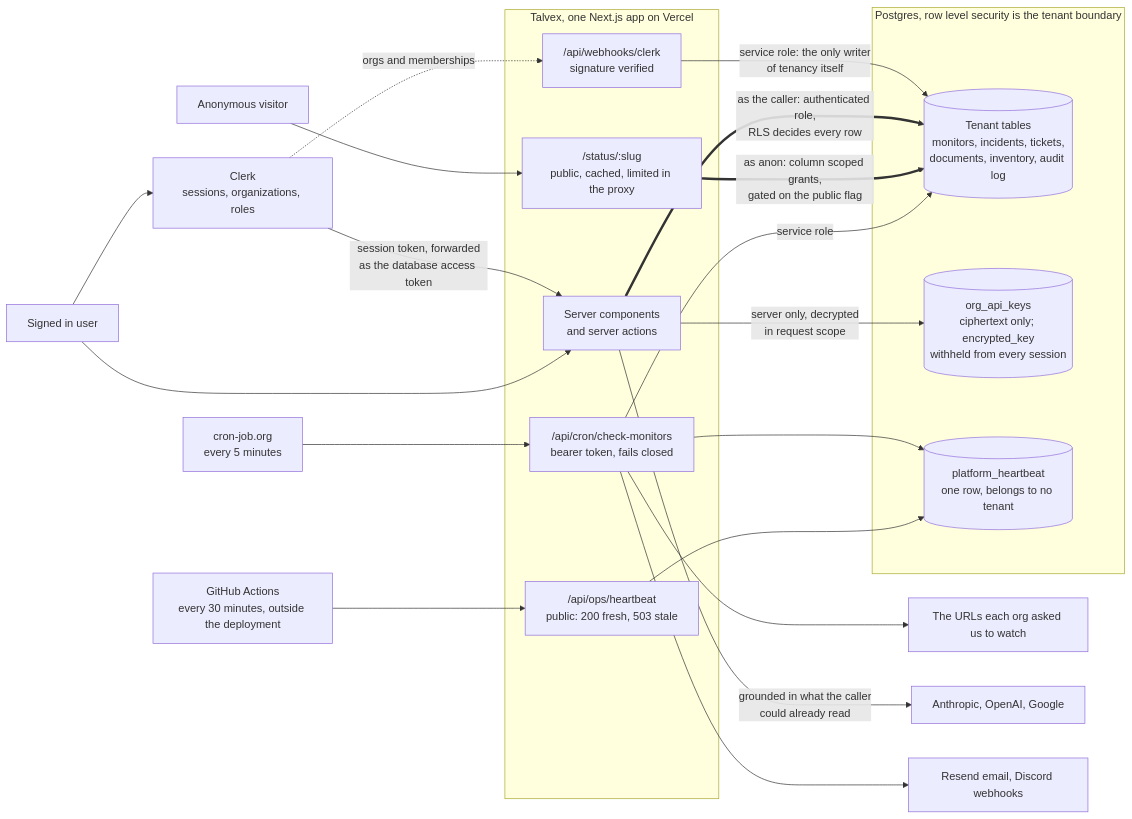
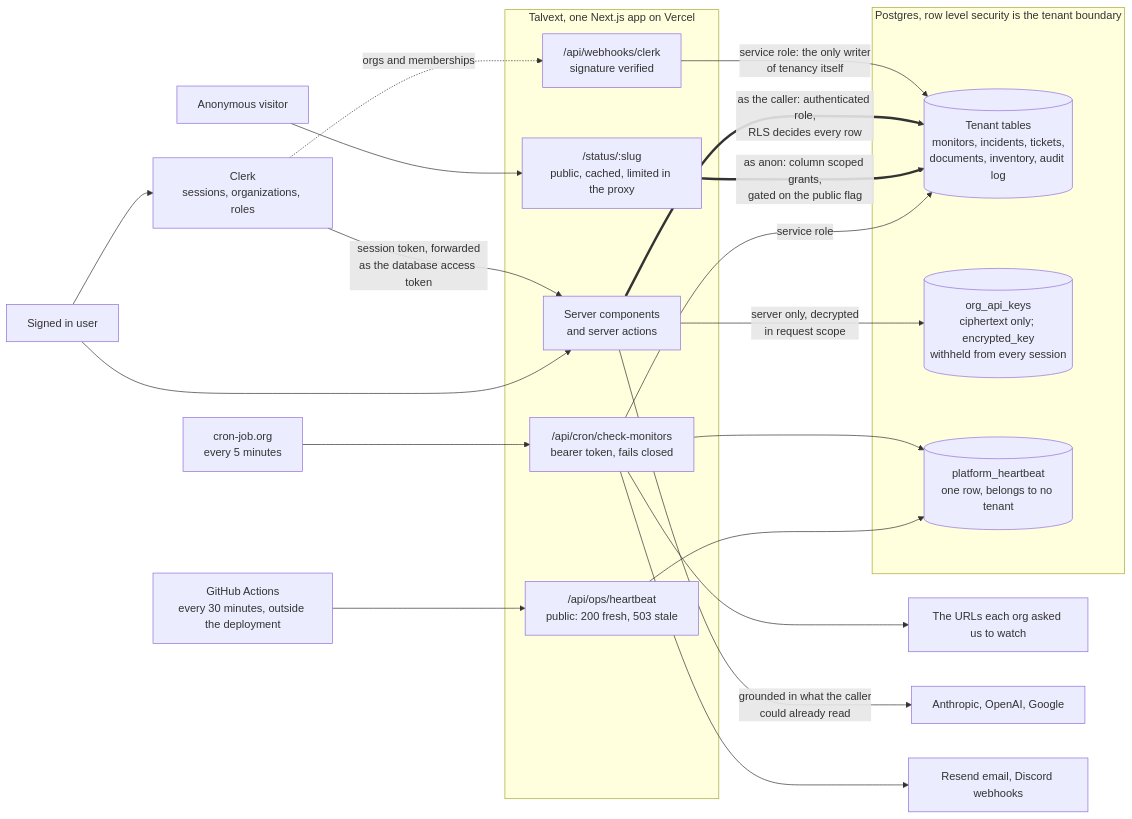
One commit to islamelsayed0/TALVEX changed the diagram in docs/ARCHITECTURE.md. Above: the diagram before and after it, drawn with Mermaid. The commit also changed other lines of this file and 20 other files, not shown here.

````diff
--- a/docs/ARCHITECTURE.md
+++ b/docs/ARCHITECTURE.md
@@ -7,48 +7,48 @@
 ```mermaid
 flowchart LR
     User["Signed in user"]
     Visitor["Anonymous visitor"]
     Clerk["Clerk<br/>sessions, organizations, roles"]
 
-    subgraph App["Talvex, one Next.js app on Vercel"]
+    subgraph App["Talvext, one Next.js app on Vercel"]
         Screens["Server components<br/>and server actions"]
         Hook["/api/webhooks/clerk<br/>signature verified"]
         Status["/status/:slug<br/>public, cached, limited in the proxy"]
         Sweep["/api/cron/check-monitors<br/>bearer token, fails closed"]
         Beat["/api/ops/heartbeat<br/>public: 200 fresh, 503 stale"]
     end
 
     subgraph DB["Postgres, row level security is the tenant boundary"]
         Tenant[("Tenant tables<br/>monitors, incidents, tickets,<br/>documents, inventory, audit log")]
         Vault[("org_api_keys<br/>ciphertext only; encrypted_key<br/>withheld from every session")]
         Pulse[("platform_heartbeat<br/>one row, belongs to no tenant")]
     end
 
     Scheduler["cron-job.org<br/>every 5 minutes"]
     Watcher["GitHub Actions<br/>every 30 minutes, outside the deployment"]
     Targets["The URLs each org asked us to watch"]
     Providers["Anthropic, OpenAI, Google"]
     Channels["Resend email, Discord webhooks"]
 
     User --> Clerk
     Clerk -- "session token, forwarded<br/>as the database access token" --> Screens
     User --> Screens
     Visitor --> Status
 
     Clerk -. "orgs and memberships" .-> Hook
     Hook -- "service role: the only writer<br/>of tenancy itself" --> Tenant
 
     Screens == "as the caller: authenticated role,<br/>RLS decides every row" ==> Tenant
     Status == "as anon: column scoped grants,<br/>gated on the public flag" ==> Tenant
 
     Screens -- "server only, decrypted<br/>in request scope" --> Vault
     Screens -- "grounded in what the caller<br/>could already read" --> Providers
 
     Scheduler --> Sweep
     Sweep -- "service role" --> Tenant
     Sweep --> Pulse
     Sweep --> Targets
     Sweep --> Channels
     Watcher --> Beat
     Beat --> Pulse
 ```
````
